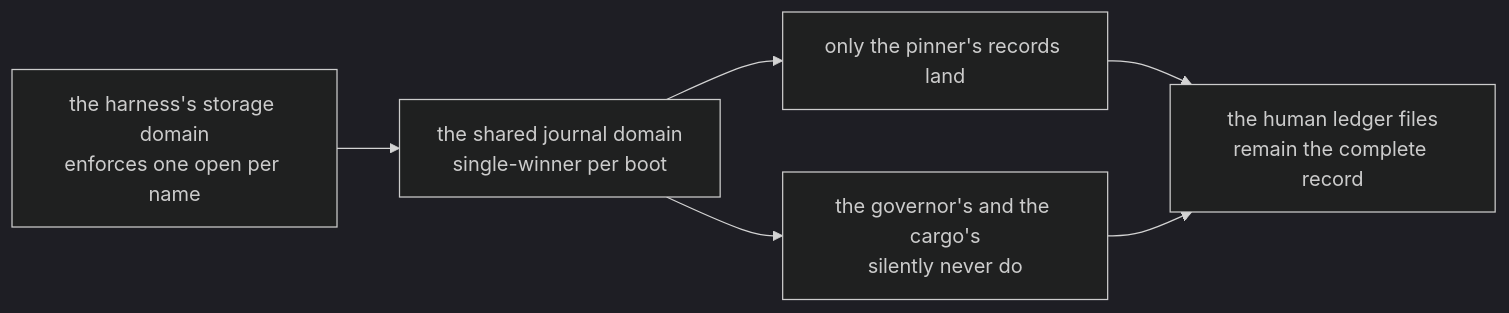
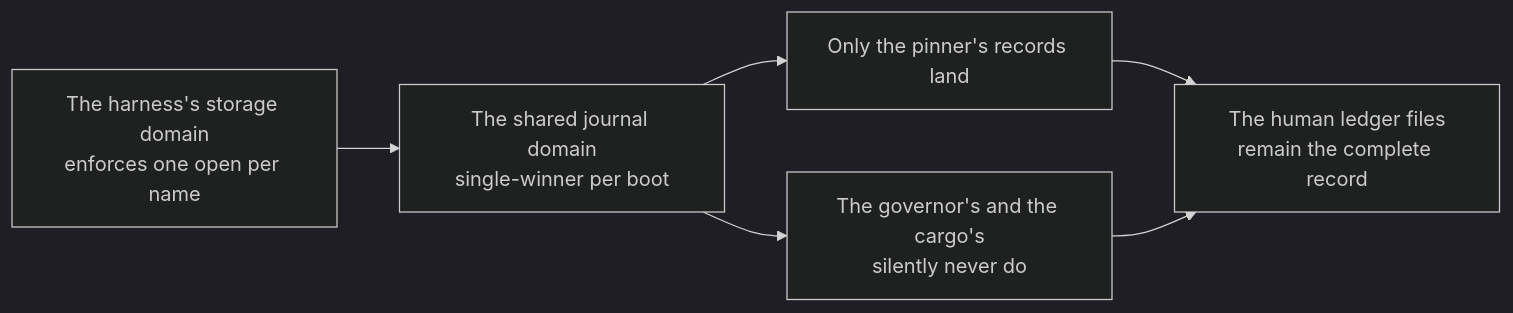
Before and after one commit to PlayForm/Site-DeepSeek: the diagram in Source/Content/Mermaid/case-p3-one-open.mmd, drawn with Mermaid (dark theme). The commit also changed 174 other files, not shown here.

```diff
--- a/Source/Content/Mermaid/case-p3-one-open.mmd
+++ b/Source/Content/Mermaid/case-p3-one-open.mmd
@@ -1,7 +1,7 @@
 flowchart LR
-	DOMAIN["the harness's storage domain<br/>enforces one open per name"] --> WINNER["the shared journal domain<br/>single-winner per boot"]
-	WINNER --> P["only the pinner's records land"]
-	WINNER --> G["the governor's and the cargo's<br/>silently never do"]
-	LED["the human ledger files<br/>remain the complete record"]
+	DOMAIN["The harness's storage domain<br/>enforces one open per name"] --> WINNER["The shared journal domain<br/>single-winner per boot"]
+	WINNER --> P["Only the pinner's records land"]
+	WINNER --> G["The governor's and the cargo's<br/>silently never do"]
+	LED["The human ledger files<br/>remain the complete record"]
 	P --> LED
 	G --> LED
```
